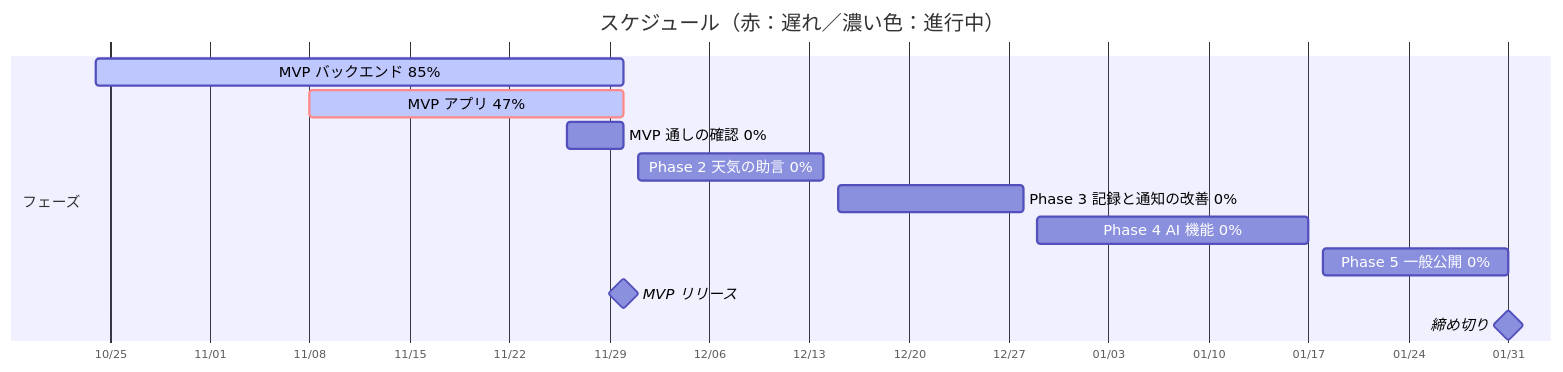
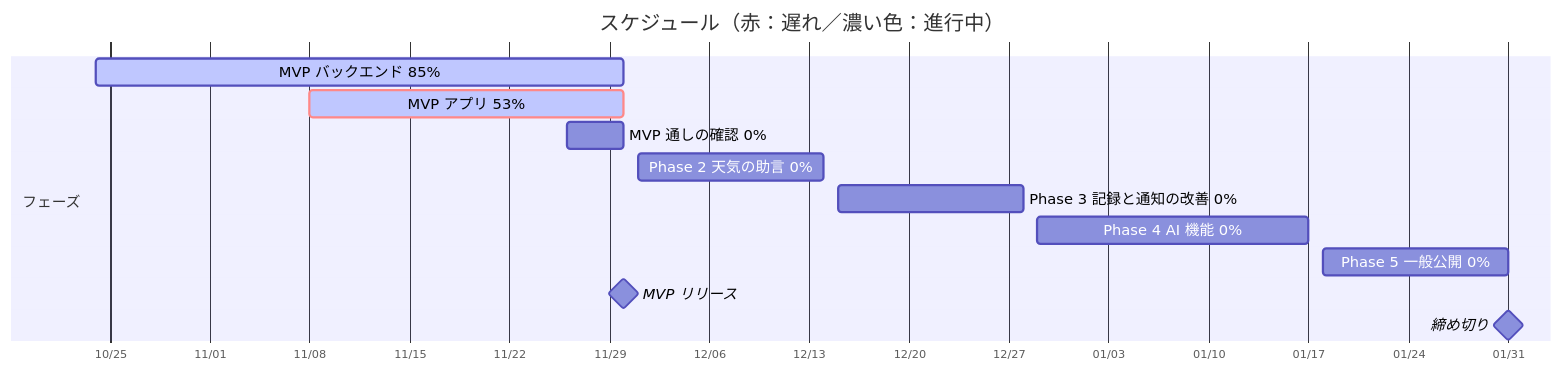
The diagram in README.md (ch00z00/uchinokusa), drawn with Mermaid before and after one commit. The commit also changed other lines of this file and 2 other files, not shown here.

````diff
--- a/README.md
+++ b/README.md
@@ -26,17 +26,17 @@
 ```mermaid
 %%{init: {"gantt": {"useWidth": 1400, "useMaxWidth": false, "barHeight": 24, "fontSize": 13, "sectionFontSize": 13}}}%%
 gantt
     title スケジュール（赤：遅れ／濃い色：進行中）
     dateFormat YYYY-MM-DD
     axisFormat %m/%d
     section フェーズ
     MVP バックエンド 85% :active, backend, 2026-10-24, 2026-11-30
-    MVP アプリ 47% :crit, active, app, 2026-11-08, 2026-11-30
+    MVP アプリ 53% :crit, active, app, 2026-11-08, 2026-11-30
     MVP 通しの確認 0% :e2e, 2026-11-26, 2026-11-30
     Phase 2 天気の助言 0% :p2, 2026-12-01, 2026-12-14
     Phase 3 記録と通知の改善 0% :p3, 2026-12-15, 2026-12-28
     Phase 4 AI 機能 0% :p4, 2026-12-29, 2027-01-17
     Phase 5 一般公開 0% :p5, 2027-01-18, 2027-01-31
     MVP リリース :milestone, m0, 2026-11-30, 0d
     締め切り :milestone, deadline, 2027-01-31, 0d
 ```
````
